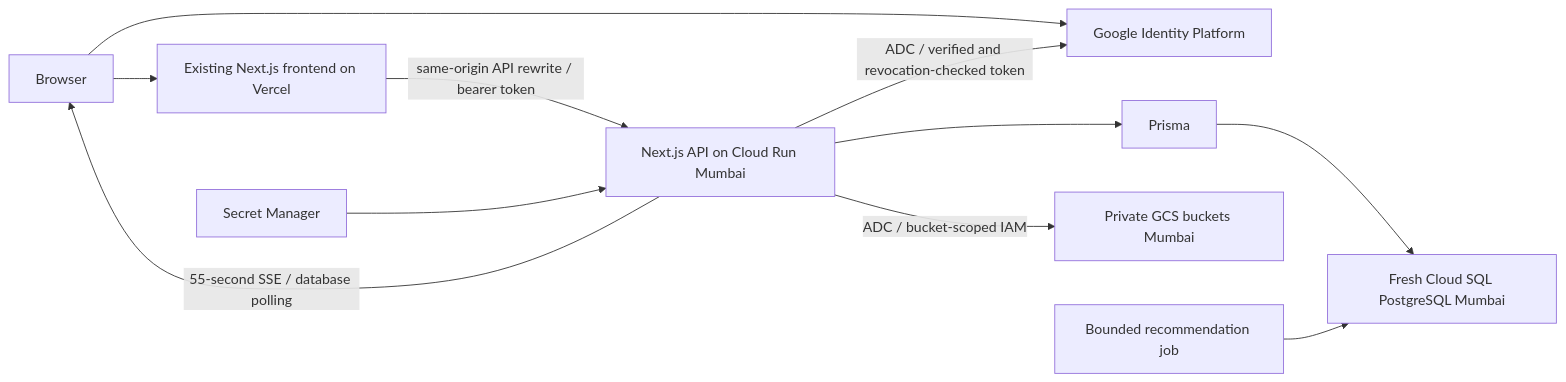
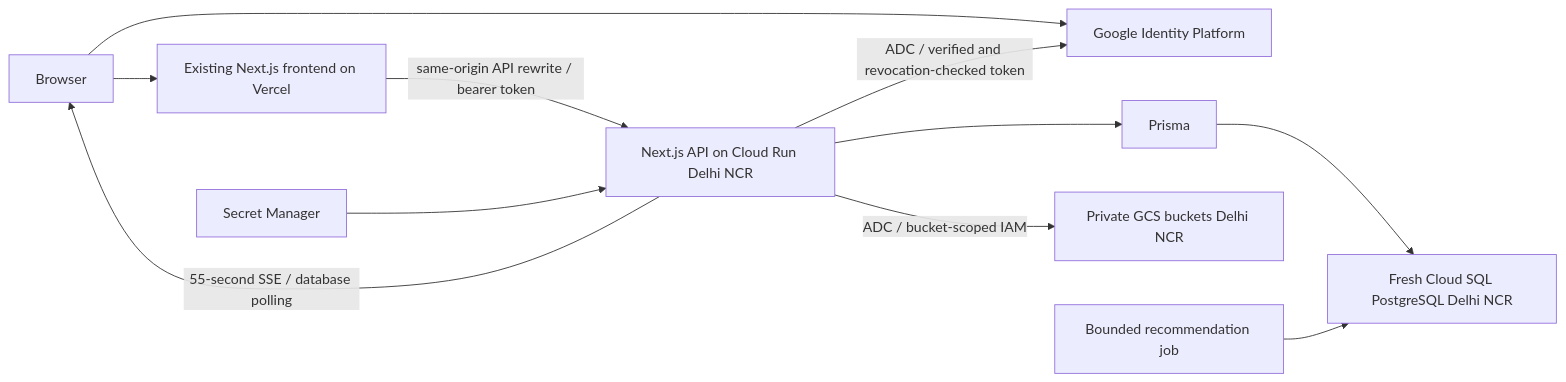
One commit to adroitcorporation/SOCIAL-MEDIA changed the diagram in docs/gcp-fresh-start-migration.md. Above: the diagram before and after it, drawn with Mermaid. The commit also changed other lines of this file and 40 other files, not shown here.

Commit message:
Prepare isolated Cloud Run staging and verify Linux capacity

````diff
--- a/docs/gcp-fresh-start-migration.md
+++ b/docs/gcp-fresh-start-migration.md
@@ -13,12 +30,12 @@
 ```mermaid
 flowchart LR
   Browser --> Vercel[Existing Next.js frontend on Vercel]
   Browser --> Auth[Google Identity Platform]
-  Vercel -->|same-origin API rewrite / bearer token| Run[Next.js API on Cloud Run Mumbai]
+  Vercel -->|same-origin API rewrite / bearer token| Run[Next.js API on Cloud Run Delhi NCR]
   Run -->|ADC / verified and revocation-checked token| Auth
-  Run --> Prisma --> SQL[Fresh Cloud SQL PostgreSQL Mumbai]
-  Run -->|ADC / bucket-scoped IAM| GCS[Private GCS buckets Mumbai]
+  Run --> Prisma --> SQL[Fresh Cloud SQL PostgreSQL Delhi NCR]
+  Run -->|ADC / bucket-scoped IAM| GCS[Private GCS buckets Delhi NCR]
   Run -->|55-second SSE / database polling| Browser
   Job[Bounded recommendation job] --> SQL
   Secrets[Secret Manager] --> Run
 ```
````
